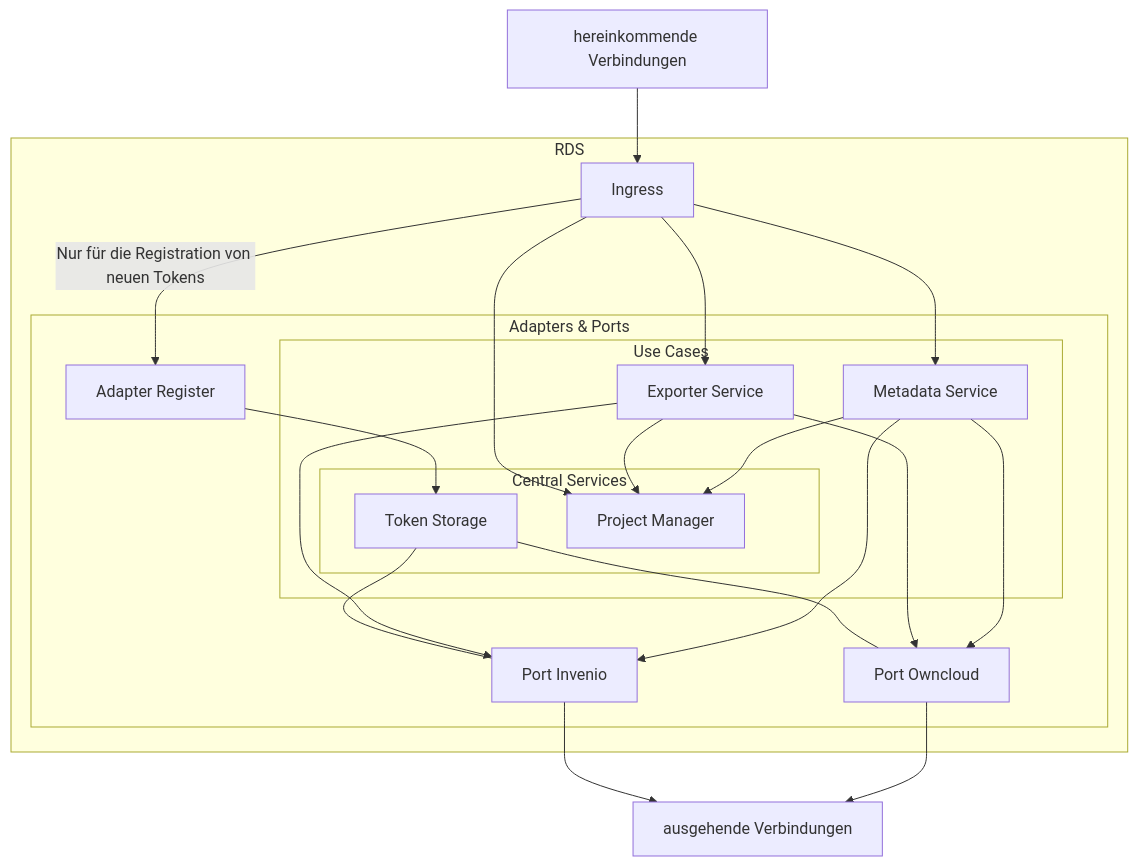
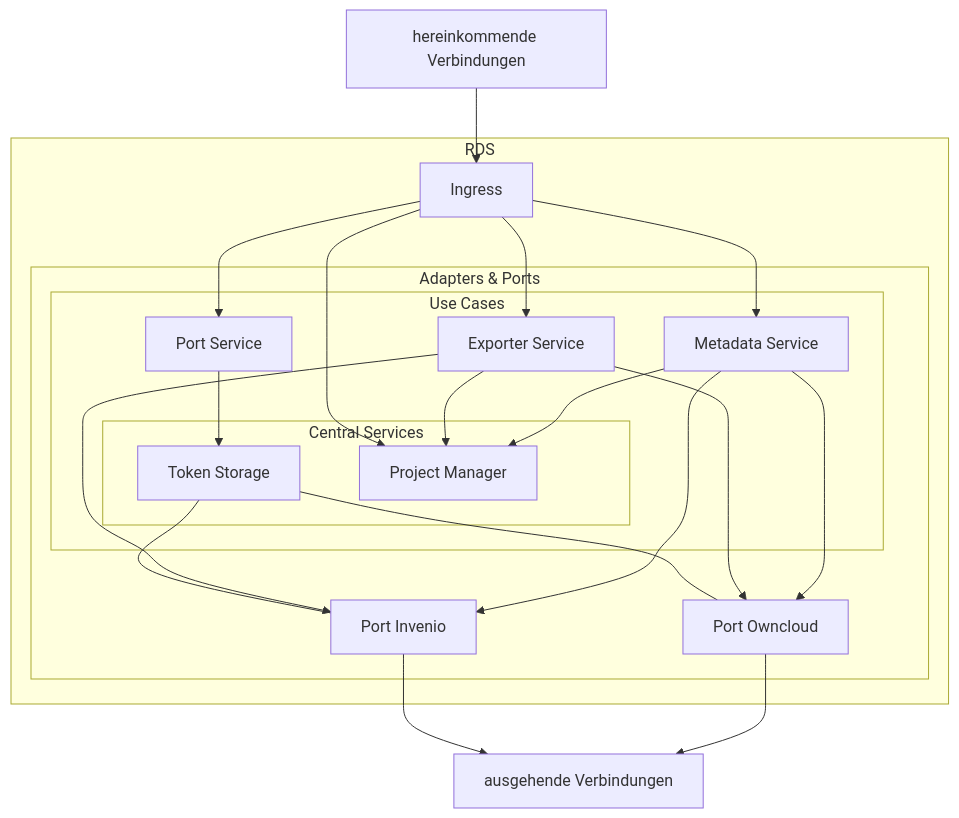
The diagram in docs/content/doc/arc42/ecosystem.de.md (Sciebo-RDS/Sciebo-RDS), drawn with Mermaid before and after one commit. The commit also changed other lines of this file and 22 other files, not shown here.

````diff
--- a/docs/content/doc/arc42/ecosystem.de.md
+++ b/docs/content/doc/arc42/ecosystem.de.md
@@ -16,63 +16,60 @@
 ```mermaid
 graph TD;
   %% define nodes
 
   WWWI[hereinkommende Verbindungen]
 
   subgraph RDS
     Ingress
 
     subgraph Adapters & Ports
       %% SPAEx[SPA Exporter]
       %% SPATS[SPA Token Storage]
 
       PInvenio[Port Invenio]
       POwncloud[Port Owncloud]
-      ARegister[Adapter Register]
 
       subgraph Use Cases
         UCExporter[Exporter Service]
-        %% UCToken[Token Service]
+        UCPort[Port Service]
         UCMetadata[Metadata Service]
         %% UCProject[Project Service]
 
         subgraph Central Services
           CSToken[Token Storage]
           CSProject[Project Manager]
         end
       end
     end
   end
 
   WWWO[ausgehende Verbindungen]
 
   click SPAEx "/de/doc/impl/adapters/spa-exporter/"
   click SPATS "/de/doc/impl/adapters/spa-token-storage"
   click UCExporter "/de/doc/impl/use-cases/exporter"
-  click UCToken "/de/doc/impl/use-cases/port-service"
+  click UCPort "/de/doc/impl/use-cases/port-service"
   click CSProject "/de/doc/impl/central/research-manager"
   click PInvenio "/de/doc/impl/ports/port-invenio"
   click POwncloud "/de/doc/impl/ports/port-storage"
 
   %% define connections
   WWWI --> Ingress
 
   %% Ingress --> SPAEx --> UCExporter
   %% Ingress --> SPATS --> CSToken
-  Ingress -->|Nur für die Registration von neuen Tokens| ARegister
-  Ingress --> CSProject & UCExporter & UCMetadata
-
-  ARegister --> CSToken
+  %% Ingress -->|Nur für die Registration von neuen Tokens| ARegister
+  Ingress --> CSProject & UCExporter & UCMetadata & UCPort
 
   %% UCExporter --> UCProject
   %% UCProject --> CSProject
-  %% UCToken --> CSToken
+  UCPort --> CSToken
 
   CSToken --- PInvenio & POwncloud
   UCExporter & UCMetadata --> PInvenio & POwncloud & CSProject
 
   %% PInvenio --> POwncloud
 
   PInvenio --> WWWO
   POwncloud --> WWWO
 ```
````
